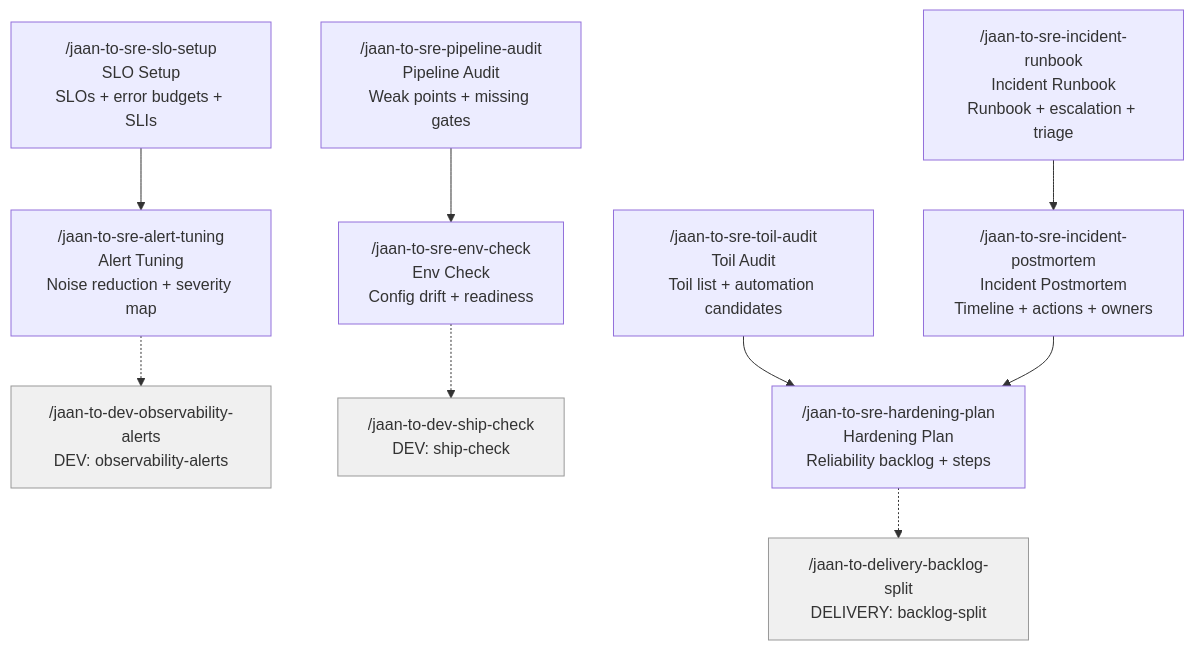
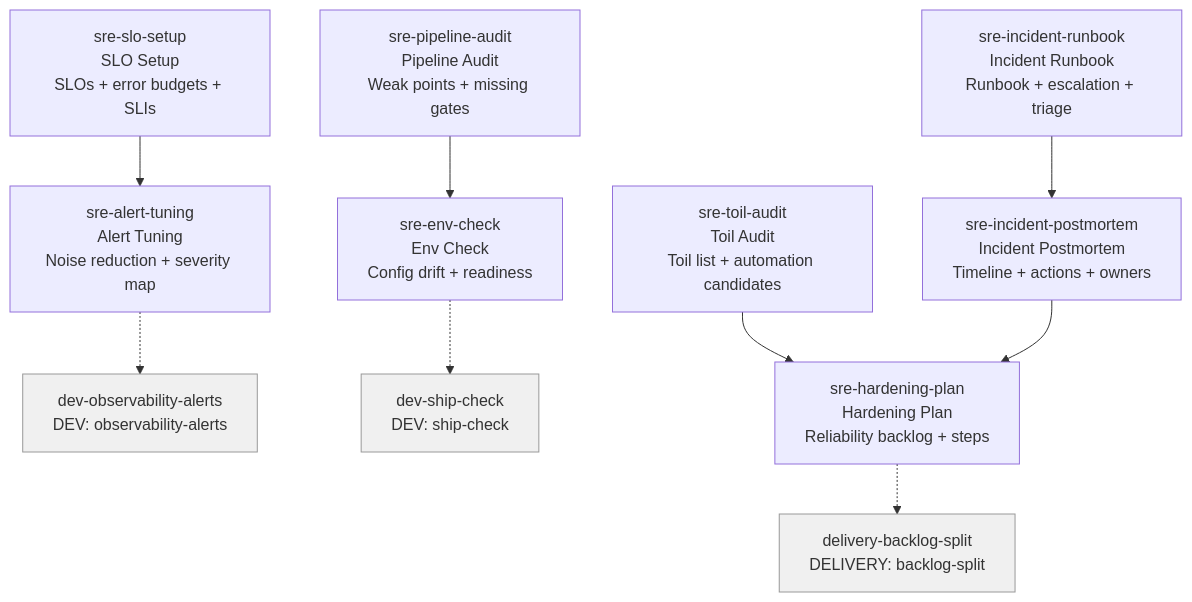
Before and after one commit to parhumm/jaan-to: the diagram in roadmaps/jaan-to/tasks/role-skills/sre.md, drawn with Mermaid. The commit also changed 10 other files, not shown here.

First line of the commit message:
fix(roadmap): Fix Mermaid userflow schemas across all 11 role-skills files

````diff
--- a/roadmaps/jaan-to/tasks/role-skills/sre.md
+++ b/roadmaps/jaan-to/tasks/role-skills/sre.md
@@ -9,15 +9,15 @@
 ```mermaid
 flowchart TD
-    jaan-to-sre-slo-setup["/jaan-to-sre-slo-setup\nSLO Setup\nSLOs + error budgets + SLIs"] --> jaan-to-sre-alert-tuning["/jaan-to-sre-alert-tuning\nAlert Tuning\nNoise reduction + severity map"]
-    jaan-to-sre-alert-tuning["/jaan-to-sre-alert-tuning\nAlert Tuning\nNoise reduction + severity map"] -.-> jaan-to-dev-observability-alerts["/jaan-to-dev-observability-alerts\nDEV: observability-alerts"]
-    jaan-to-sre-pipeline-audit["/jaan-to-sre-pipeline-audit\nPipeline Audit\nWeak points + missing gates"] --> jaan-to-sre-env-check["/jaan-to-sre-env-check\nEnv Check\nConfig drift + readiness"]
-    jaan-to-sre-env-check["/jaan-to-sre-env-check\nEnv Check\nConfig drift + readiness"] -.-> jaan-to-dev-ship-check["/jaan-to-dev-ship-check\nDEV: ship-check"]
-    jaan-to-sre-toil-audit["/jaan-to-sre-toil-audit\nToil Audit\nToil list + automation candidates"] --> jaan-to-sre-hardening-plan["/jaan-to-sre-hardening-plan\nHardening Plan\nReliability backlog + steps"]
-    jaan-to-sre-hardening-plan["/jaan-to-sre-hardening-plan\nHardening Plan\nReliability backlog + steps"] -.-> jaan-to-delivery-backlog-split["/jaan-to-delivery-backlog-split\nDELIVERY: backlog-split"]
-    jaan-to-sre-incident-runbook["/jaan-to-sre-incident-runbook\nIncident Runbook\nRunbook + escalation + triage"] --> jaan-to-sre-incident-postmortem["/jaan-to-sre-incident-postmortem\nIncident Postmortem\nTimeline + actions + owners"]
-    jaan-to-sre-incident-postmortem["/jaan-to-sre-incident-postmortem\nIncident Postmortem\nTimeline + actions + owners"] --> jaan-to-sre-hardening-plan["/jaan-to-sre-hardening-plan\nHardening Plan\nReliability backlog + steps"]
+    jaan-to-sre-slo-setup["sre-slo-setup<br>SLO Setup<br>SLOs + error budgets + SLIs"] --> jaan-to-sre-alert-tuning["sre-alert-tuning<br>Alert Tuning<br>Noise reduction + severity map"]
+    jaan-to-sre-alert-tuning["sre-alert-tuning<br>Alert Tuning<br>Noise reduction + severity map"] -.-> jaan-to-dev-observability-alerts["dev-observability-alerts<br>DEV: observability-alerts"]
+    jaan-to-sre-pipeline-audit["sre-pipeline-audit<br>Pipeline Audit<br>Weak points + missing gates"] --> jaan-to-sre-env-check["sre-env-check<br>Env Check<br>Config drift + readiness"]
+    jaan-to-sre-env-check["sre-env-check<br>Env Check<br>Config drift + readiness"] -.-> jaan-to-dev-ship-check["dev-ship-check<br>DEV: ship-check"]
+    jaan-to-sre-toil-audit["sre-toil-audit<br>Toil Audit<br>Toil list + automation candidates"] --> jaan-to-sre-hardening-plan["sre-hardening-plan<br>Hardening Plan<br>Reliability backlog + steps"]
+    jaan-to-sre-hardening-plan["sre-hardening-plan<br>Hardening Plan<br>Reliability backlog + steps"] -.-> jaan-to-delivery-backlog-split["delivery-backlog-split<br>DELIVERY: backlog-split"]
+    jaan-to-sre-incident-runbook["sre-incident-runbook<br>Incident Runbook<br>Runbook + escalation + triage"] --> jaan-to-sre-incident-postmortem["sre-incident-postmortem<br>Incident Postmortem<br>Timeline + actions + owners"]
+    jaan-to-sre-incident-postmortem["sre-incident-postmortem<br>Incident Postmortem<br>Timeline + actions + owners"] --> jaan-to-sre-hardening-plan["sre-hardening-plan<br>Hardening Plan<br>Reliability backlog + steps"]
 
     style jaan-to-dev-observability-alerts fill:#f0f0f0,stroke:#999
     style jaan-to-dev-ship-check fill:#f0f0f0,stroke:#999
     style jaan-to-delivery-backlog-split fill:#f0f0f0,stroke:#999
 ```
````
